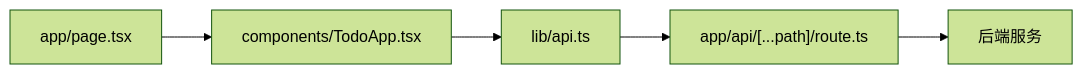
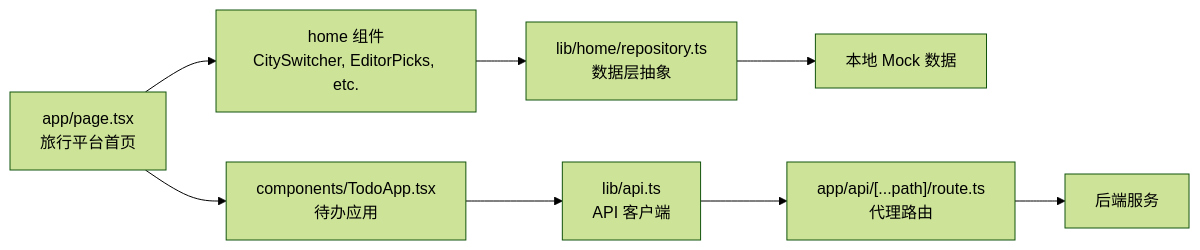
One commit to luyitiger6/my-first-project changed the eighth of 9 diagrams in .qoder/repowiki/zh/content/前端开发/前端开发.md. Above: the diagram before and after it, drawn with Mermaid (forest theme). The commit also changed other lines of this file and 44 other files, not shown here.

````diff
--- a/.qoder/repowiki/zh/content/前端开发/前端开发.md
+++ b/.qoder/repowiki/zh/content/前端开发/前端开发.md
@@ -216,7 +343,10 @@
 ```mermaid
 graph LR
-Page["app/page.tsx"] --> Component["components/TodoApp.tsx"]
-Component --> Api["lib/api.ts"]
-Api --> Proxy["app/api/[...path]/route.ts"]
+Page["app/page.tsx<br/>旅行平台首页"] --> Components["home 组件<br/>CitySwitcher, EditorPicks, etc."]
+Components --> Repo["lib/home/repository.ts<br/>数据层抽象"]
+Repo --> MockData["本地 Mock 数据"]
+Page --> TodoApp["components/TodoApp.tsx<br/>待办应用"]
+TodoApp --> Api["lib/api.ts<br/>API 客户端"]
+Api --> Proxy["app/api/[...path]/route.ts<br/>代理路由"]
 Proxy --> Backend["后端服务"]
 ```
````
